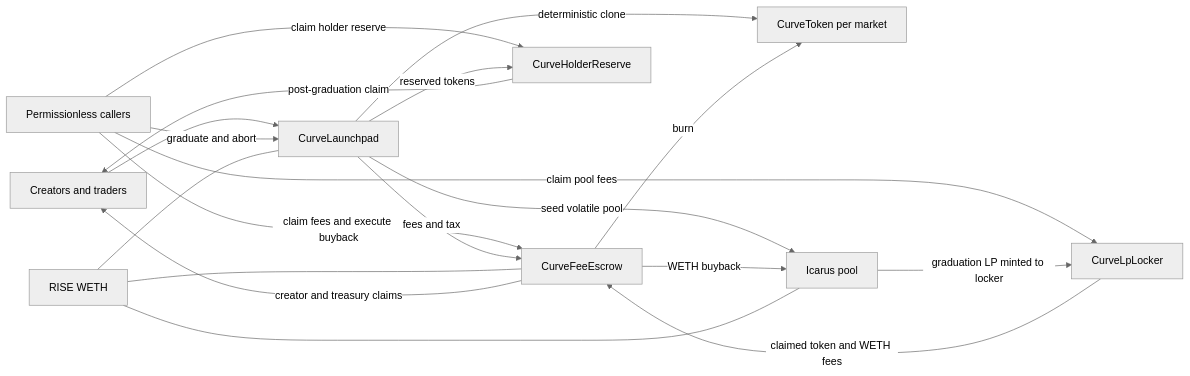
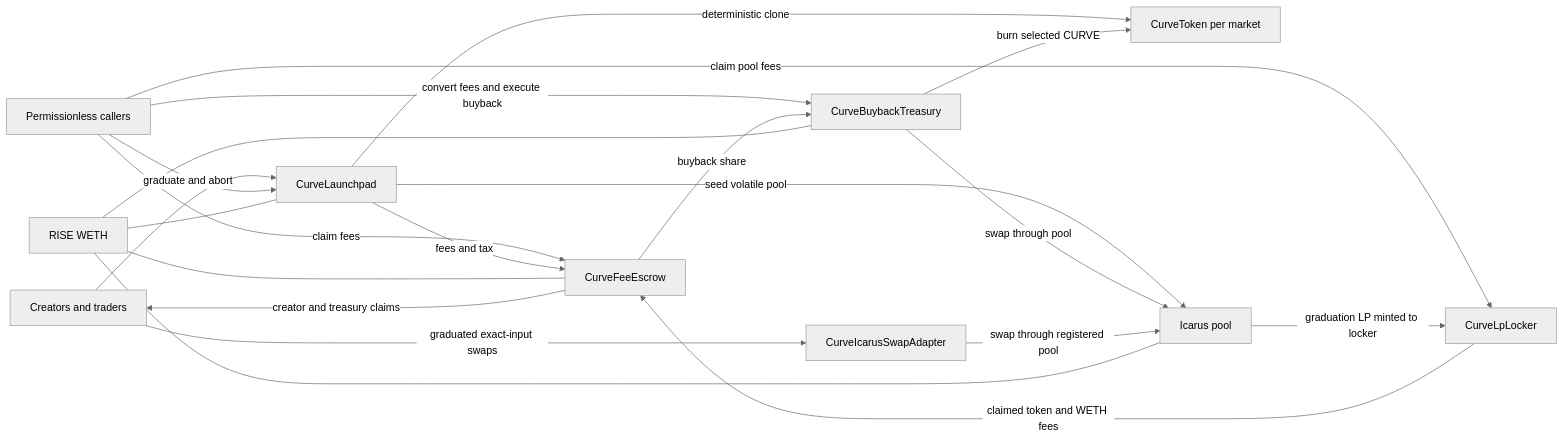
Before and after one commit to stagezerolabs/curveball.fun: the first of 3 diagrams in contracts/docs/architecture.md, drawn with Mermaid (neutral theme). The commit also changed other lines of this file and 53 other files, not shown here.

````diff
--- a/contracts/docs/architecture.md
+++ b/contracts/docs/architecture.md
@@ -9,21 +9,23 @@
 ```mermaid
 flowchart LR
     U[Creators and traders] --> L[CurveLaunchpad]
     K[Permissionless callers] -->|graduate and abort| L
     K -->|claim pool fees| X
-    K -->|claim fees and execute buyback| E
-    K -->|claim holder reserve| R
+    K -->|claim fees| E
+    K -->|convert fees and execute buyback| B
+    U -->|graduated exact-input swaps| A[CurveIcarusSwapAdapter]
     L -->|deterministic clone| T[CurveToken per market]
     L -->|fees and tax| E[CurveFeeEscrow]
-    L -->|reserved tokens| R[CurveHolderReserve]
     L -->|seed volatile pool| P[Icarus pool]
     P -->|graduation LP minted to locker| X[CurveLpLocker]
     X -->|claimed token and WETH fees| E
-    E -->|WETH buyback| P
-    E -->|burn| T
-    R -->|post-graduation claim| U
+    E -->|buyback share| B[CurveBuybackTreasury]
+    B -->|swap through pool| P
+    A -->|swap through registered pool| P
+    B -->|burn selected CURVE| T
     E -->|creator and treasury claims| U
     W[RISE WETH] --- L
     W --- P
     W --- E
+    W --- B
 ```
````
